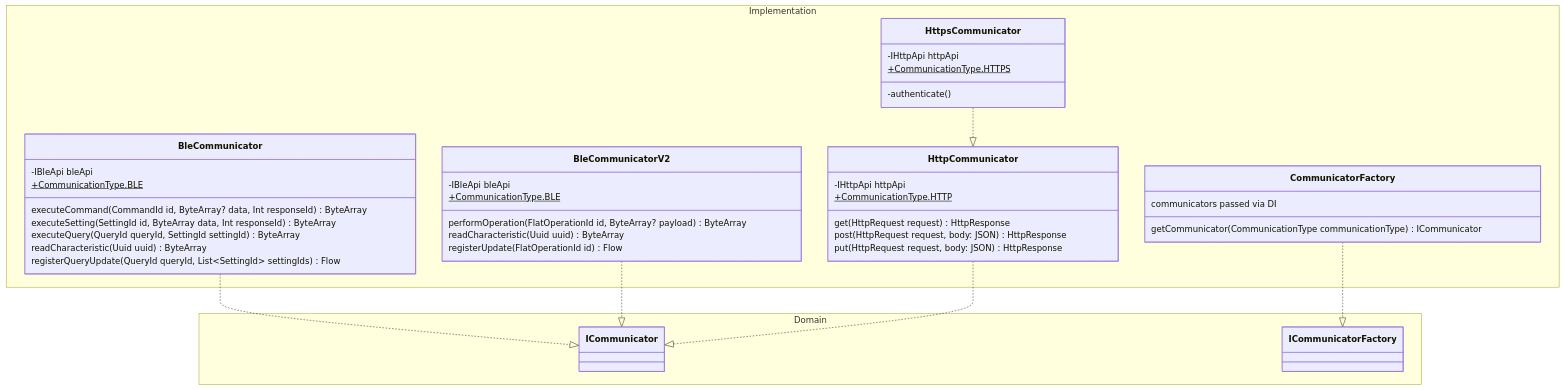
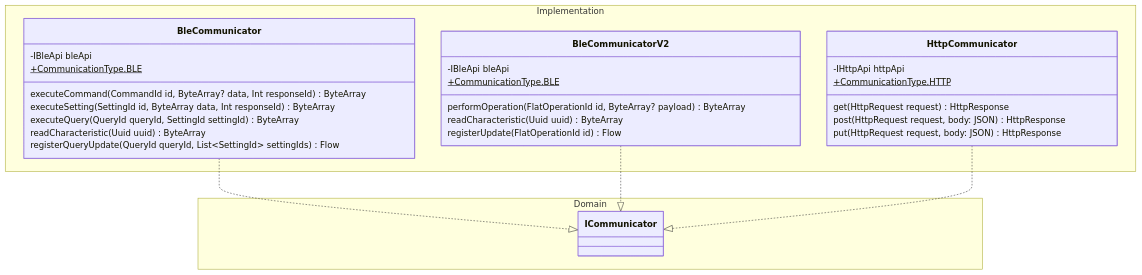
Before and after one commit to gopro/OpenGoPro: the third of 3 diagrams in demos/kotlin/kmp_sdk/docs/architecture/connector_communicator.md, drawn with Mermaid. The commit also changed other lines of this file and 4 other files, not shown here.

Commit message:
Update architecture diagrams

````diff
--- a/demos/kotlin/kmp_sdk/docs/architecture/connector_communicator.md
+++ b/demos/kotlin/kmp_sdk/docs/architecture/connector_communicator.md
@@ -144,47 +144,35 @@
 ```mermaid
 classDiagram
     direction TB
        namespace Implementation {
-        class CommunicatorFactory {
-            communicators passed via DI
-            getCommunicator(CommunicationType communicationType) ICommunicator
-        }
         class BleCommunicator {
             -IBleApi bleApi
             +CommunicationType.BLE$
             executeCommand(CommandId id, ByteArray? data, Int responseId) ByteArray
             executeSetting(SettingId id, ByteArray data, Int responseId) ByteArray
             executeQuery(QueryId queryId, SettingId settingId) ByteArray
             readCharacteristic(Uuid uuid) ByteArray
             registerQueryUpdate(QueryId queryId, List~SettingId~ settingIds) Flow<ByteArray>
         }
         class BleCommunicatorV2 {
             -IBleApi bleApi
             +CommunicationType.BLE$
             performOperation(FlatOperationId id, ByteArray? payload) ByteArray
             readCharacteristic(Uuid uuid) ByteArray
             registerUpdate(FlatOperationId id) Flow<ByteArray>
         }
         class HttpCommunicator {
             -IHttpApi httpApi
             +CommunicationType.HTTP$
             get(HttpRequest request) HttpResponse
             post(HttpRequest request, body: JSON) HttpResponse
             put(HttpRequest request, body: JSON) HttpResponse
         }
-        class HttpsCommunicator {
-            -IHttpApi httpApi
-            -authenticate()
-            +CommunicationType.HTTPS$
-        }
     }
     BleCommunicator ..|> ICommunicator
     BleCommunicatorV2 ..|> ICommunicator
     HttpCommunicator ..|> ICommunicator
-    HttpsCommunicator ..|> HttpCommunicator
-    CommunicatorFactory ..|> ICommunicatorFactory
     namespace Domain {
         class ICommunicator
-        class ICommunicatorFactory
     }
 ```
````
